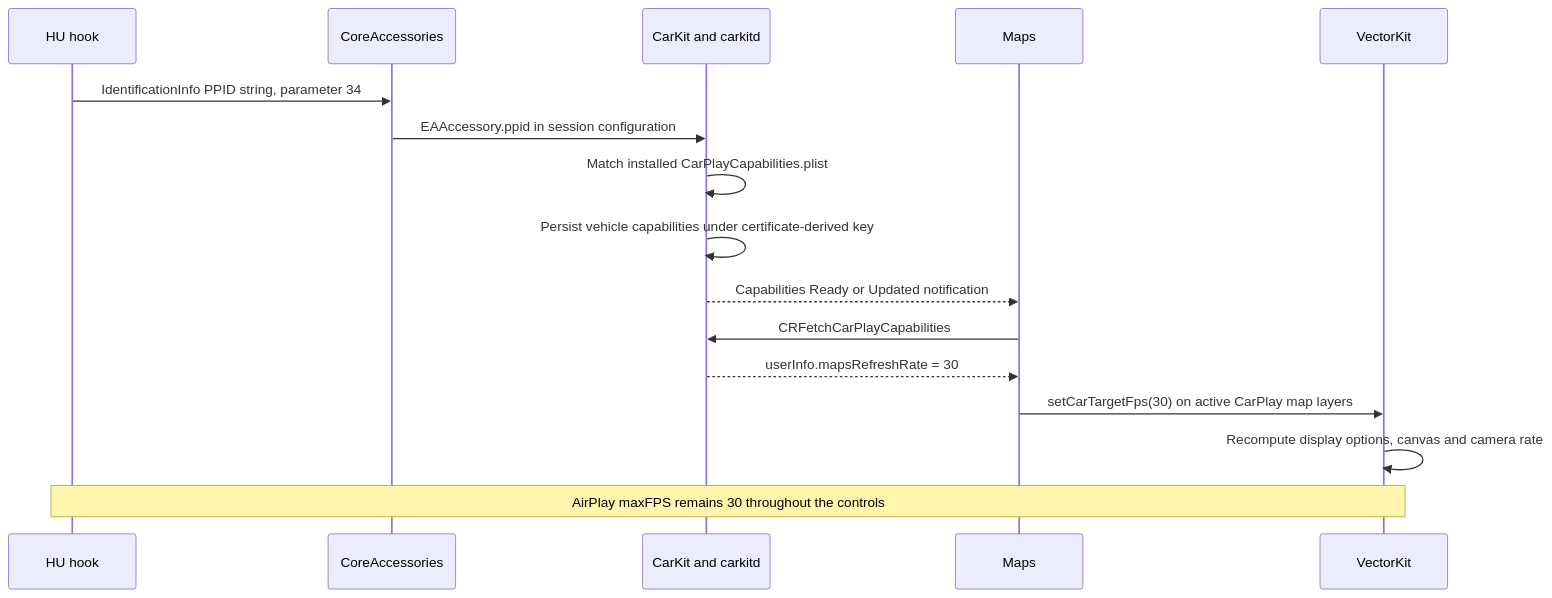
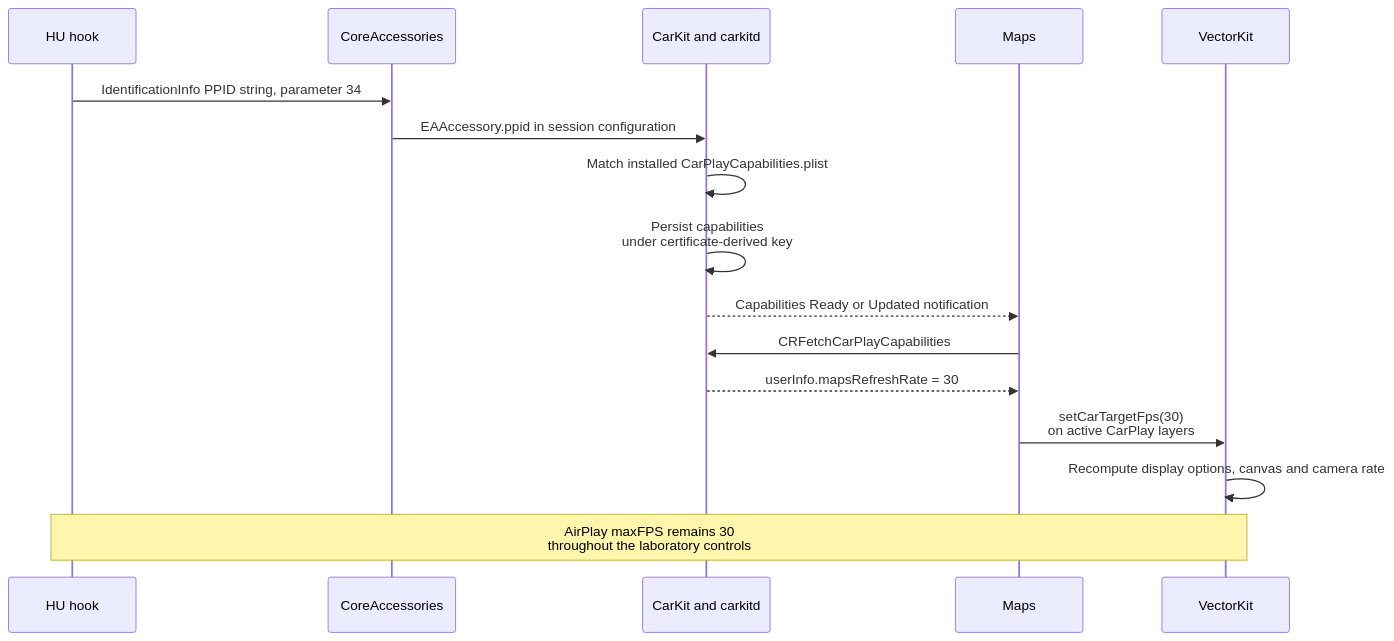
The diagram in docs/altscreen-and-video/MAPS_FRAME_RATE_PROFILE_MECHANISM.md (Developefd/mib2q-carplay-rgi), drawn with Mermaid before and after one commit. The commit also changed other lines of this file and 2 other files, not shown here.

Commit message:
docs: clarify research status and improve Markdown and Mermaid navigation

````diff
--- a/docs/altscreen-and-video/MAPS_FRAME_RATE_PROFILE_MECHANISM.md
+++ b/docs/altscreen-and-video/MAPS_FRAME_RATE_PROFILE_MECHANISM.md
@@ -50,21 +57,21 @@
 ```mermaid
 sequenceDiagram
     accTitle: Accessory Profile Sets Maps Rate
     accDescr: Identification supplies a profile selector. The phone selects and persists capabilities, notifies Maps, and Maps updates VectorKit source scheduling independently of the video maximum.
     participant hu as HU hook
     participant acc as CoreAccessories
     participant kit as CarKit and carkitd
     participant maps as Maps
     participant vk as VectorKit
 
     hu->>acc: IdentificationInfo PPID string, parameter 34
     acc->>kit: EAAccessory.ppid in session configuration
     kit->>kit: Match installed CarPlayCapabilities.plist
-    kit->>kit: Persist vehicle capabilities under certificate-derived key
+    kit->>kit: Persist capabilities<br/>under certificate-derived key
     kit-->>maps: Capabilities Ready or Updated notification
     maps->>kit: CRFetchCarPlayCapabilities
     kit-->>maps: userInfo.mapsRefreshRate = 30
-    maps->>vk: setCarTargetFps(30) on active CarPlay map layers
+    maps->>vk: setCarTargetFps(30)<br/>on active CarPlay layers
     vk->>vk: Recompute display options, canvas and camera rate
-    Note over hu,vk: AirPlay maxFPS remains 30 throughout the controls
+    Note over hu,vk: AirPlay maxFPS remains 30<br/>throughout the laboratory controls
 ```
````
